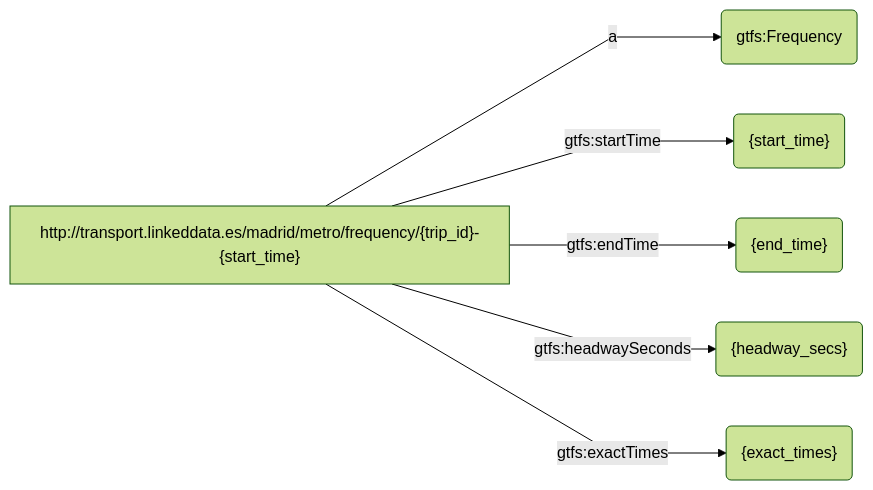
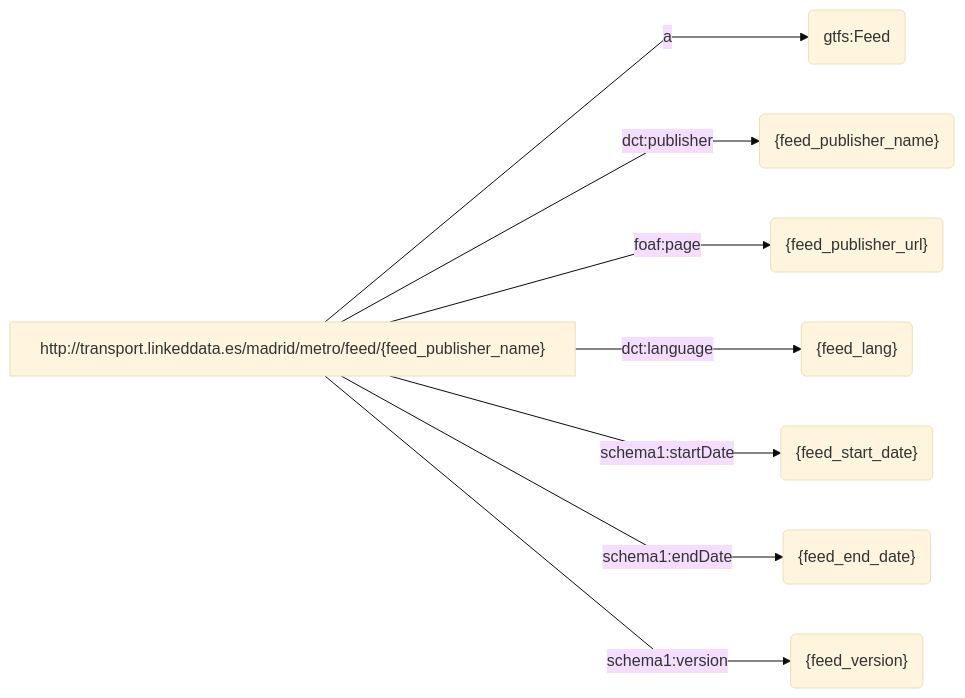
Before and after one commit to oeg-upm/rmldoc: the tenth of 25 diagrams in example/example.md, drawn with Mermaid. The commit also changed other lines of this file and 2 other files, not shown here.

````diff
--- a/example/example.md
+++ b/example/example.md
@@ -248,10 +236,12 @@
 ```mermaid
-%%{ init : { "theme" : "forest", "flowchart" : { "curve" : "linear" }}}%%
+%%{ init : { "theme" : "base", "flowchart" : { "curve" : "linear" }}}%%
 flowchart LR
-S["http://transport.linkeddata.es/madrid/metro/frequency/{trip_id}-{start_time}"] -->|"a"| object1("gtfs:Frequency")
-S["http://transport.linkeddata.es/madrid/metro/frequency/{trip_id}-{start_time}"] -->|"gtfs:startTime"| object2("{start_time}")
-S["http://transport.linkeddata.es/madrid/metro/frequency/{trip_id}-{start_time}"] -->|"gtfs:endTime"| object3("{end_time}")
-S["http://transport.linkeddata.es/madrid/metro/frequency/{trip_id}-{start_time}"] -->|"gtfs:headwaySeconds"| object4("{headway_secs}")
-S["http://transport.linkeddata.es/madrid/metro/frequency/{trip_id}-{start_time}"] -->|"gtfs:exactTimes"| object5("{exact_times}")
+S["http://transport.linkeddata.es/madrid/metro/feed/{feed_publisher_name}"] -->|"a"| object1("gtfs:Feed")
+S["http://transport.linkeddata.es/madrid/metro/feed/{feed_publisher_name}"] -->|"dct:publisher"| object2("{feed_publisher_name}")
+S["http://transport.linkeddata.es/madrid/metro/feed/{feed_publisher_name}"] -->|"foaf:page"| object3("{feed_publisher_url}")
+S["http://transport.linkeddata.es/madrid/metro/feed/{feed_publisher_name}"] -->|"dct:language"| object4("{feed_lang}")
+S["http://transport.linkeddata.es/madrid/metro/feed/{feed_publisher_name}"] -->|"schema1:startDate"| object5("{feed_start_date}")
+S["http://transport.linkeddata.es/madrid/metro/feed/{feed_publisher_name}"] -->|"schema1:endDate"| object6("{feed_end_date}")
+S["http://transport.linkeddata.es/madrid/metro/feed/{feed_publisher_name}"] -->|"schema1:version"| object7("{feed_version}")
     
 ``` 
````
